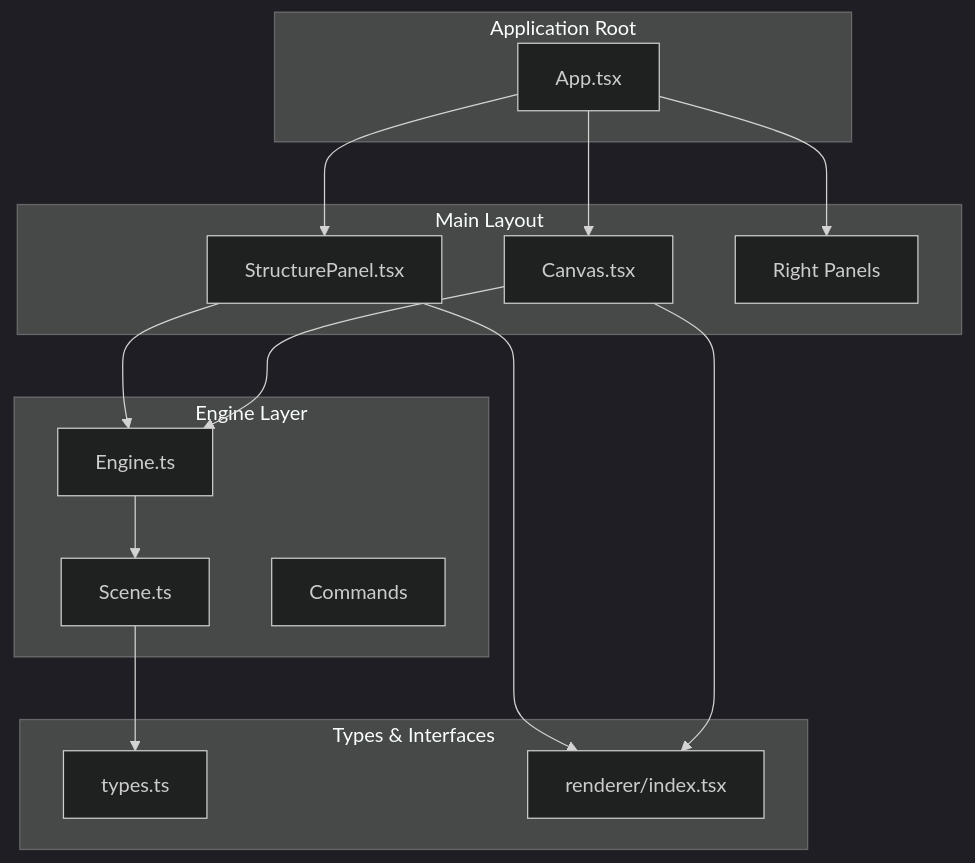
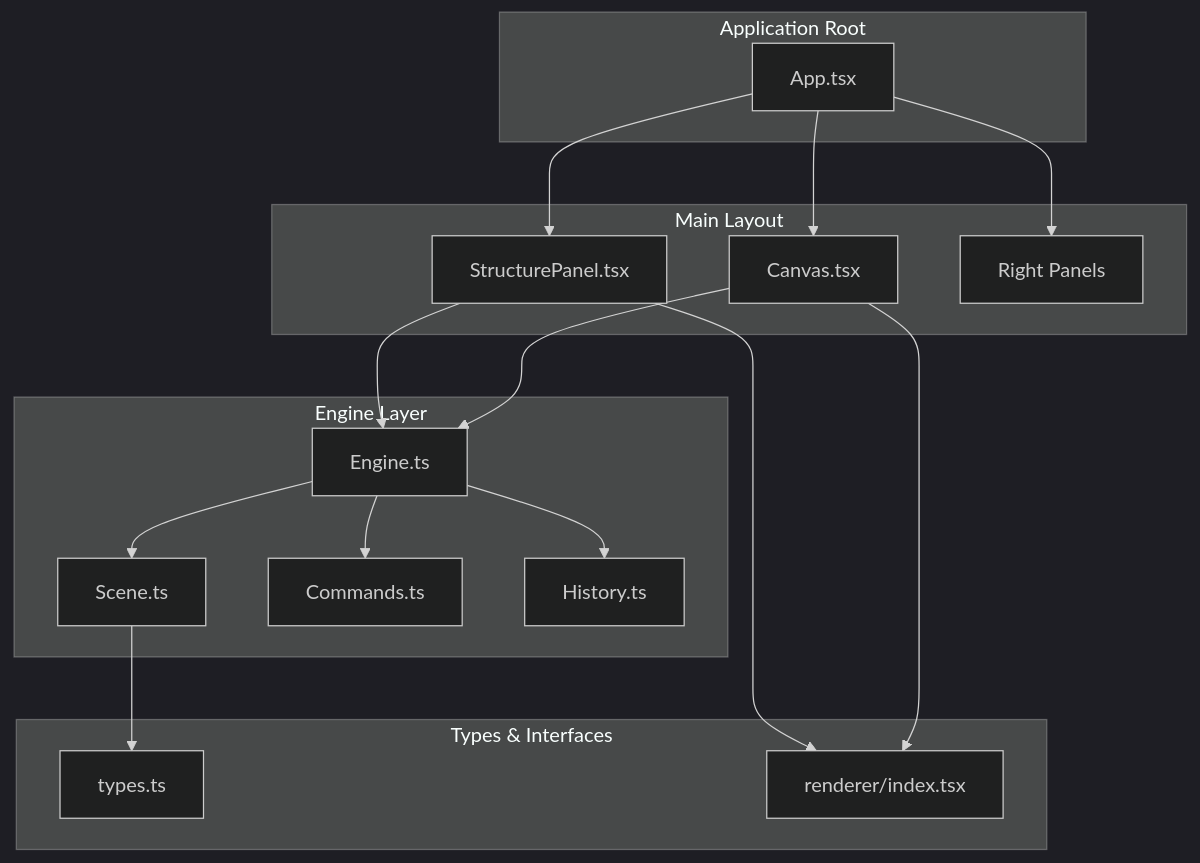
The first of 7 diagrams in .qoder/repowiki/en/content/User Interface Components/Structure Panel Component.md (Anna0314zy/ai_editor_enginer), drawn with Mermaid (dark theme) before and after one commit. The commit also changed other lines of this file and 44 other files, not shown here.

````diff
--- a/.qoder/repowiki/en/content/User Interface Components/Structure Panel Component.md
+++ b/.qoder/repowiki/en/content/User Interface Components/Structure Panel Component.md
@@ -39,29 +50,32 @@
 ```mermaid
 graph TB
 subgraph "Application Root"
 App[App.tsx]
 end
 subgraph "Main Layout"
 StructurePanel[StructurePanel.tsx]
 Canvas[Canvas.tsx]
 RightPanel[Right Panels]
 end
 subgraph "Engine Layer"
 Engine[Engine.ts]
 Scene[Scene.ts]
-Commands[Commands]
+Commands[Commands.ts]
+History[History.ts]
 end
 subgraph "Types & Interfaces"
 Types[types.ts]
 Renderer[renderer/index.tsx]
 end
 App --> StructurePanel
 App --> Canvas
 App --> RightPanel
 StructurePanel --> Engine
 Canvas --> Engine
 Engine --> Scene
+Engine --> Commands
+Engine --> History
 Scene --> Types
 StructurePanel --> Renderer
 Canvas --> Renderer
 ```
````
